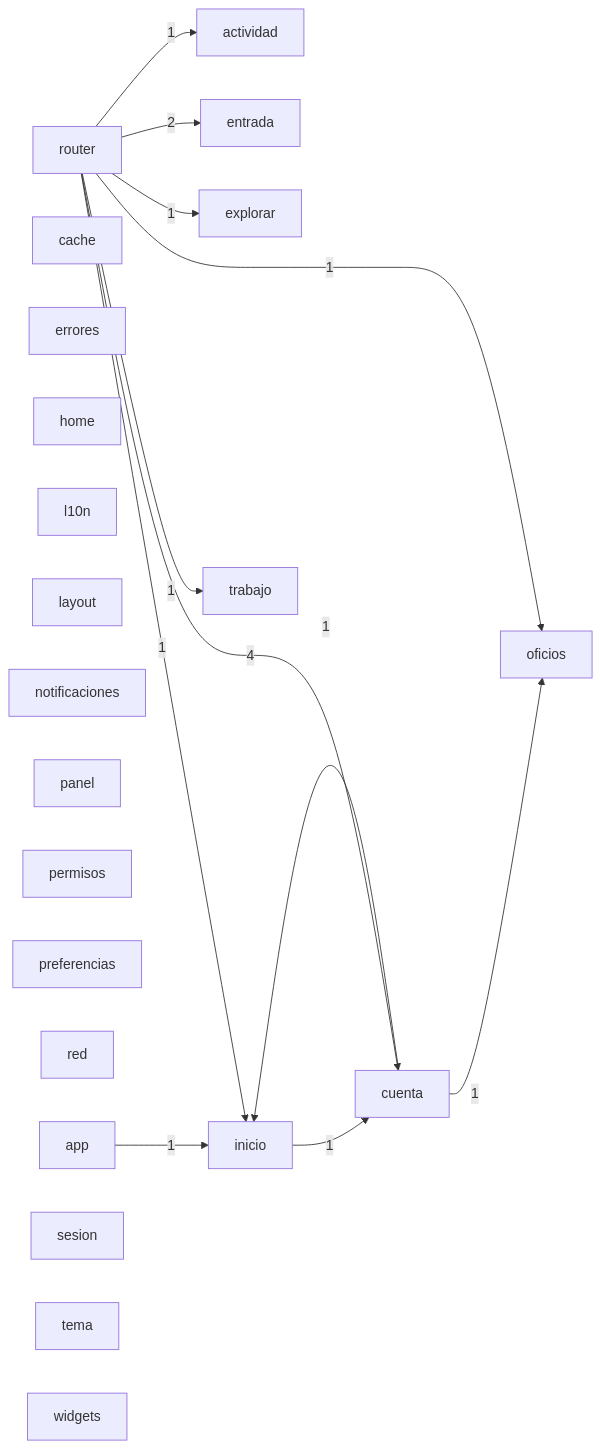
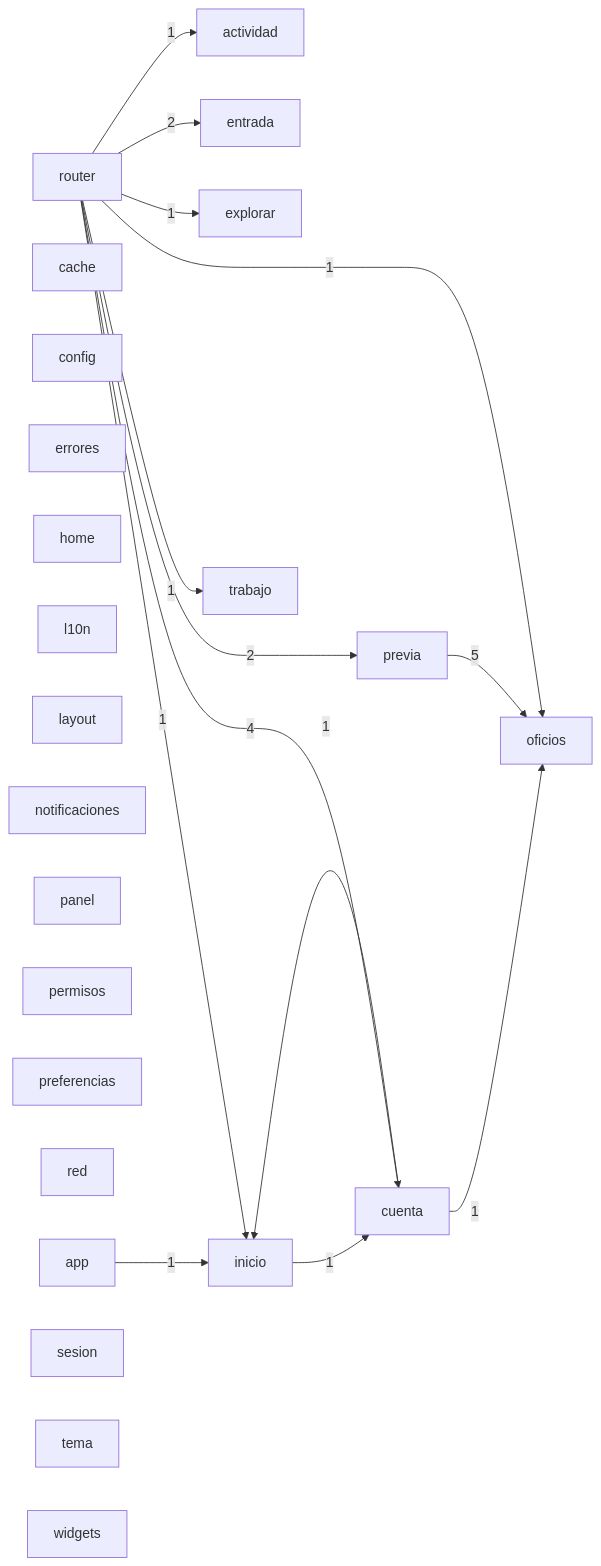
Before and after one commit to Tensei-Devs/knock-frontend: the diagram in docs/architecture/modules.mmd, drawn with Mermaid. The commit also changed 4 other files, not shown here.

```diff
--- a/docs/architecture/modules.mmd
+++ b/docs/architecture/modules.mmd
@@ -1,34 +1,38 @@
 graph LR
   actividad["actividad"]
   app["app"]
   cache["cache"]
+  config["config"]
   cuenta["cuenta"]
   entrada["entrada"]
   errores["errores"]
   explorar["explorar"]
   home["home"]
   inicio["inicio"]
   l10n["l10n"]
   layout["layout"]
   notificaciones["notificaciones"]
   oficios["oficios"]
   panel["panel"]
   permisos["permisos"]
   preferencias["preferencias"]
+  previa["previa"]
   red["red"]
   router["router"]
   sesion["sesion"]
   tema["tema"]
   trabajo["trabajo"]
   widgets["widgets"]
   app -->|1| inicio
   cuenta -->|1| inicio
   cuenta -->|1| oficios
   inicio -->|1| cuenta
+  previa -->|5| oficios
   router -->|1| actividad
   router -->|4| cuenta
   router -->|2| entrada
   router -->|1| explorar
   router -->|1| inicio
   router -->|1| oficios
+  router -->|2| previa
   router -->|1| trabajo
```
